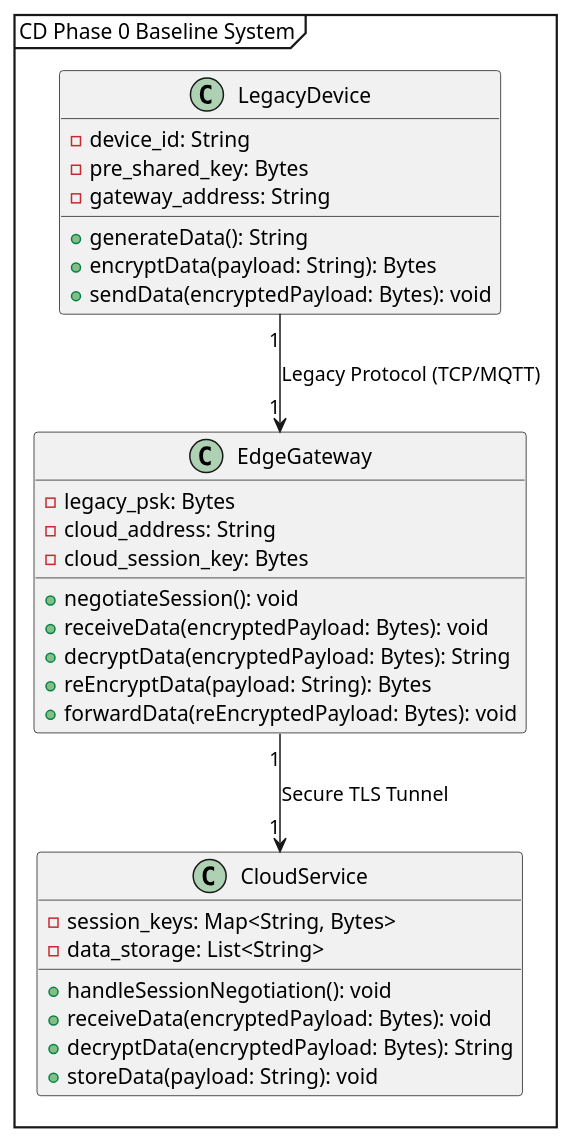
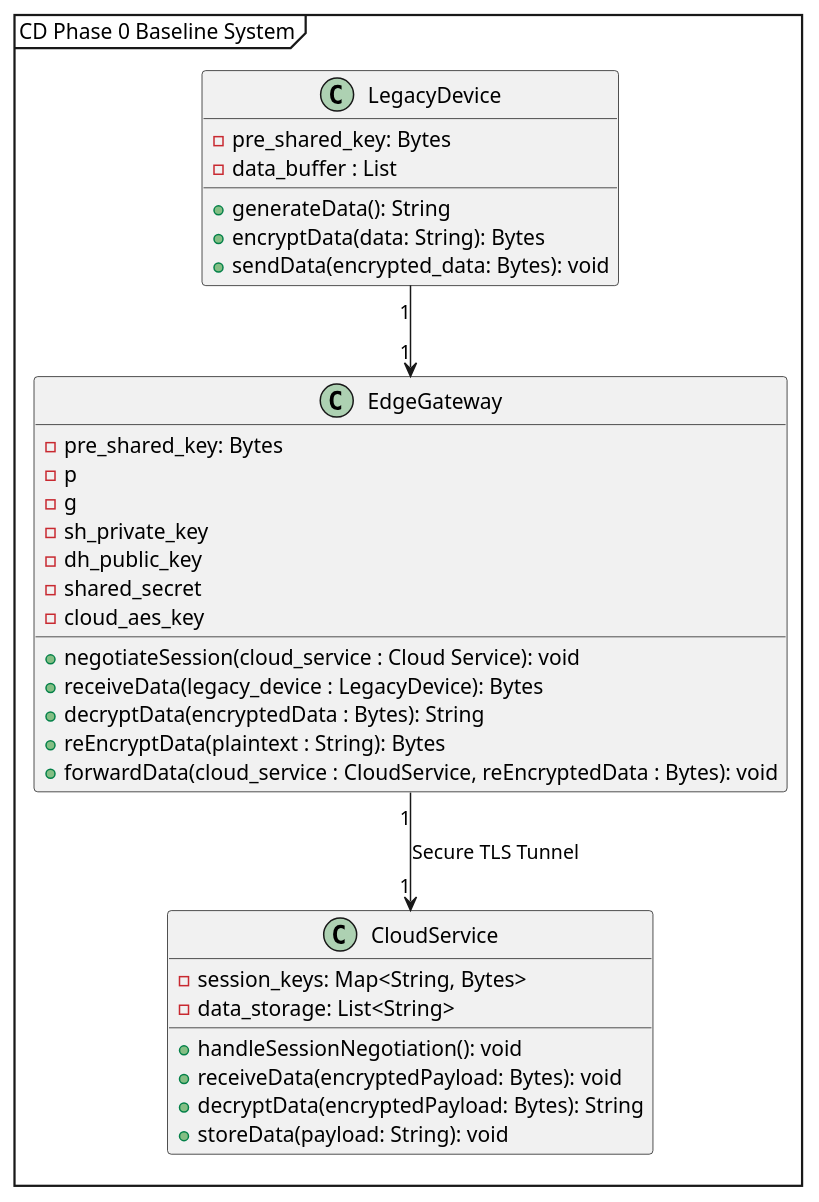
The diagram in Diagrams/Class_Diagram_Phase0.puml (AloRno/SDMO), drawn with PlantUML before and after one commit. The commit also changed 9 other files, not shown here.

```diff
--- a/Diagrams/Class_Diagram_Phase0.puml
+++ b/Diagrams/Class_Diagram_Phase0.puml
@@ -1,36 +1,39 @@
 @startuml
 mainframe CD Phase 0 Baseline System
 
 class LegacyDevice {
-  - device_id: String
   - pre_shared_key: Bytes
-  - gateway_address: String
+  - data_buffer : List
   + generateData(): String
-  + encryptData(payload: String): Bytes
-  + sendData(encryptedPayload: Bytes): void
+  + encryptData(data: String): Bytes
+  + sendData(encrypted_data: Bytes): void
 }
 
 class EdgeGateway {
-  - legacy_psk: Bytes
-  - cloud_address: String
-  - cloud_session_key: Bytes
-  + negotiateSession(): void
-  + receiveData(encryptedPayload: Bytes): void
-  + decryptData(encryptedPayload: Bytes): String
-  + reEncryptData(payload: String): Bytes
-  + forwardData(reEncryptedPayload: Bytes): void
+  - pre_shared_key: Bytes
+  - p
+  - g 
+  - sh_private_key
+  - dh_public_key
+  - shared_secret
+  - cloud_aes_key
+  + negotiateSession(cloud_service : Cloud Service): void
+  + receiveData(legacy_device : LegacyDevice): Bytes
+  + decryptData(encryptedData : Bytes): String
+  + reEncryptData(plaintext : String): Bytes
+  + forwardData(cloud_service : CloudService, reEncryptedData : Bytes): void
 }
 
 class CloudService {
   - session_keys: Map<String, Bytes>
   - data_storage: List<String>
   + handleSessionNegotiation(): void
   + receiveData(encryptedPayload: Bytes): void
   + decryptData(encryptedPayload: Bytes): String
   + storeData(payload: String): void
 }
 
-LegacyDevice "1" --> "1" EdgeGateway : Legacy Protocol (TCP/MQTT)
+LegacyDevice "1" --> "1" EdgeGateway
 EdgeGateway "1" --> "1" CloudService : Secure TLS Tunnel
 
 @enduml
```
